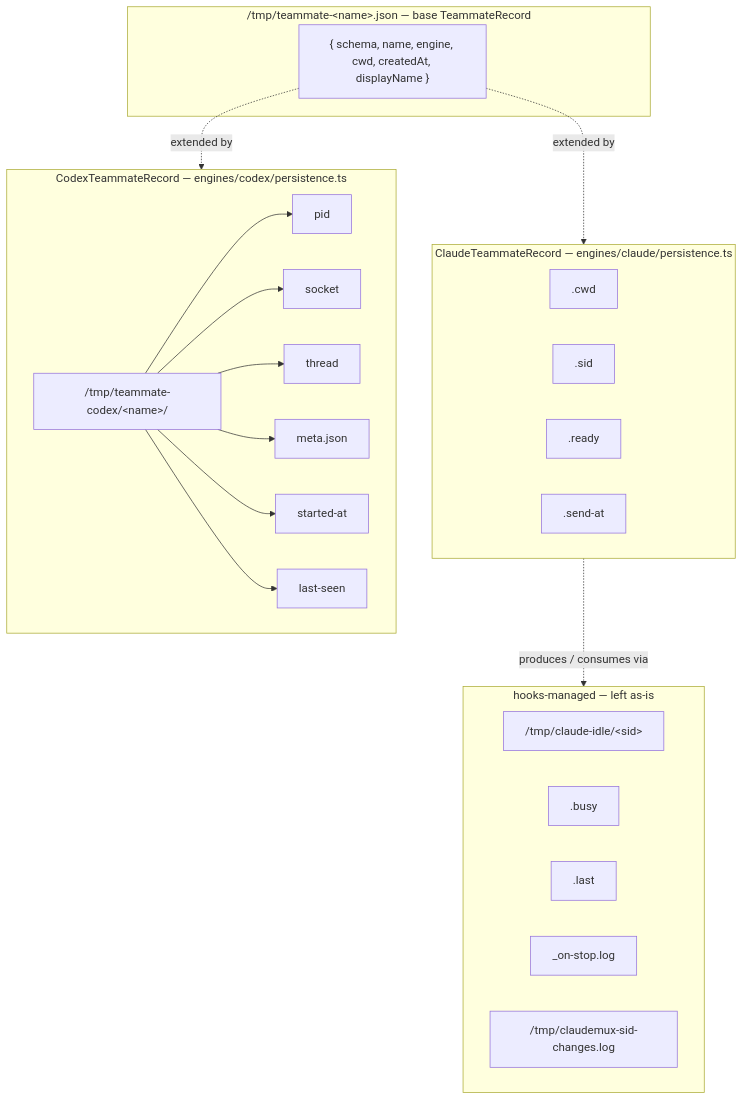
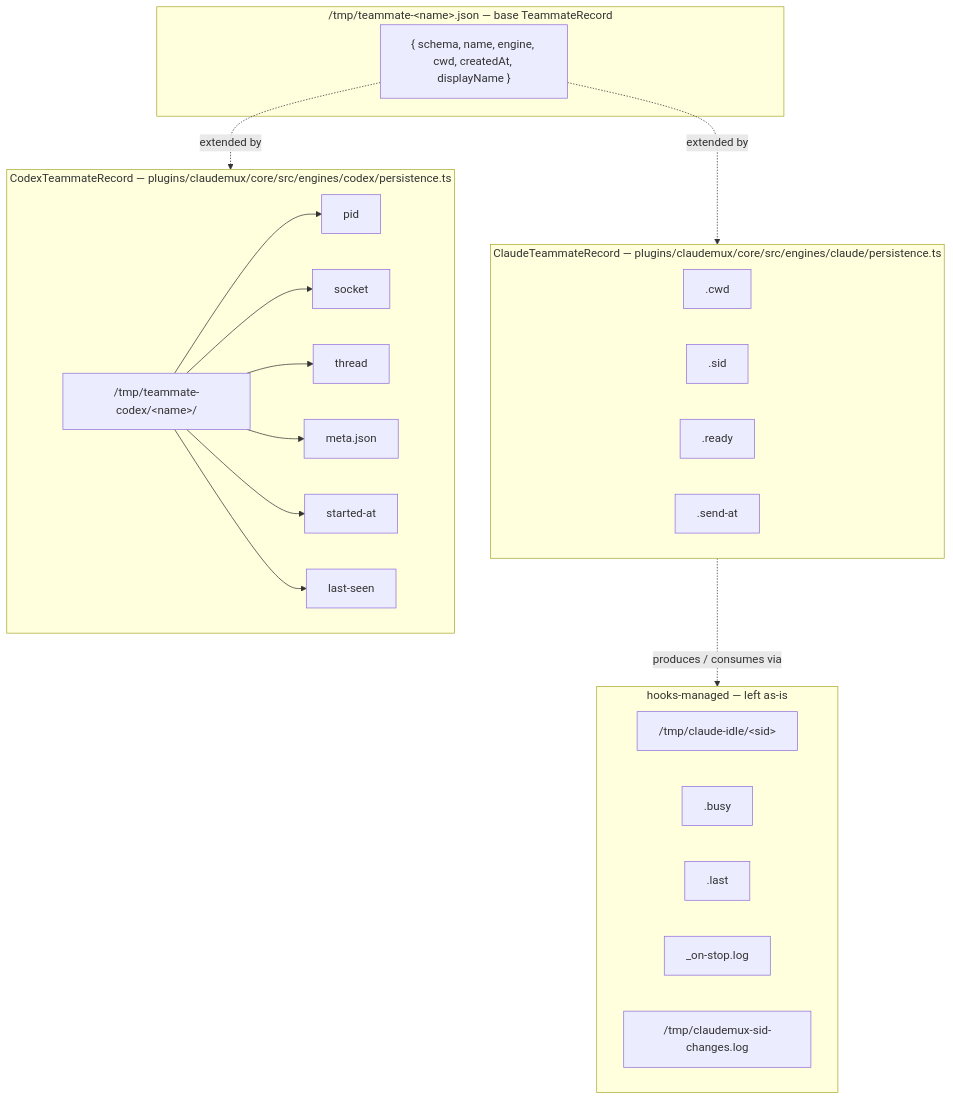
The third of 3 diagrams in .agents/decisions/0024-multi-engine-tui-architecture.md (ryanxiang7/claudemux), drawn with Mermaid before and after one commit. The commit also changed other lines of this file and 1 other file, not shown here.

````diff
--- a/.agents/decisions/0024-multi-engine-tui-architecture.md
+++ b/.agents/decisions/0024-multi-engine-tui-architecture.md
@@ -259,41 +328,41 @@
 ```mermaid
 flowchart TB
   subgraph BASE["/tmp/teammate-&lt;name&gt;.json  —  base TeammateRecord"]
     base["{ schema, name, engine, cwd, createdAt, displayName }"]
   end
 
-  subgraph CE_EXT["ClaudeTeammateRecord — engines/claude/persistence.ts"]
+  subgraph CE_EXT["ClaudeTeammateRecord — plugins/claudemux/core/src/engines/claude/persistence.ts"]
     ccwd[".cwd"]
     csid[".sid"]
     cready[".ready"]
     csend[".send-at"]
   end
 
-  subgraph CX_EXT["CodexTeammateRecord — engines/codex/persistence.ts"]
+  subgraph CX_EXT["CodexTeammateRecord — plugins/claudemux/core/src/engines/codex/persistence.ts"]
     xroot["/tmp/teammate-codex/&lt;name&gt;/"]
     xpid["pid"]
     xsock["socket"]
     xthr["thread"]
     xmeta["meta.json"]
     xstart["started-at"]
     xseen["last-seen"]
     xroot --> xpid
     xroot --> xsock
     xroot --> xthr
     xroot --> xmeta
     xroot --> xstart
     xroot --> xseen
   end
 
   subgraph HOOKS["hooks-managed — left as-is"]
     hidle["/tmp/claude-idle/&lt;sid&gt;"]
     hbusy[".busy"]
     hlast[".last"]
     hlog["_on-stop.log"]
     hslog["/tmp/claudemux-sid-changes.log"]
   end
 
   base -. "extended by" .-> CE_EXT
   base -. "extended by" .-> CX_EXT
   CE_EXT -. "produces / consumes via" .-> HOOKS
 ```
````
